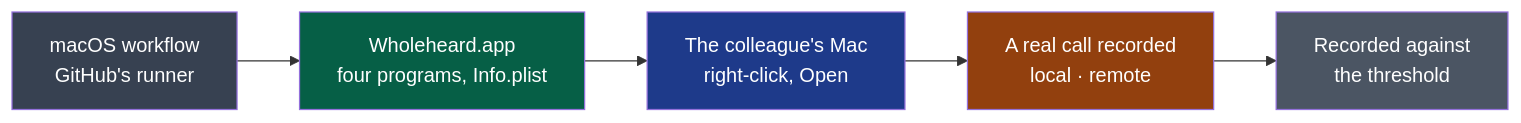
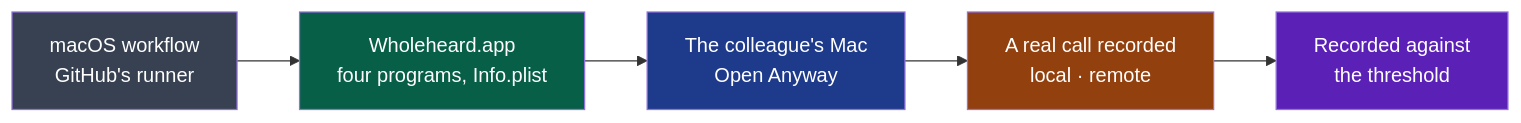
The diagram in docs/project/cycles/04-wholeheard-on-macos.md (NapkinStack/wholeheard), drawn with Mermaid before and after one commit. The commit also changed other lines of this file, not shown here.

First line of the commit message:
Cycle 04: what its verifier found — Open Anyway since macOS 15, the ad hoc seal, D39's threshold whole

````diff
--- a/docs/project/cycles/04-wholeheard-on-macos.md
+++ b/docs/project/cycles/04-wholeheard-on-macos.md
@@ -40,12 +40,12 @@
 ```mermaid
 flowchart LR
     W["macOS workflow<br/>GitHub's runner"]:::forge --> A["Wholeheard.app<br/>four programs, Info.plist"]:::d38
-    A --> M["The colleague's Mac<br/>right-click, Open"]:::person
+    A --> M["The colleague's Mac<br/>Open Anyway"]:::person
     M --> R["A real call recorded<br/>local · remote"]:::d39
     R --> K["Recorded against<br/>the threshold"]:::out
     classDef forge fill:#374151,color:#fff
     classDef d38 fill:#065f46,color:#fff
     classDef person fill:#1e3a8a,color:#fff
     classDef d39 fill:#92400e,color:#fff
-    classDef out fill:#4b5563,color:#fff
+    classDef out fill:#5b21b6,color:#fff
 ```
````
